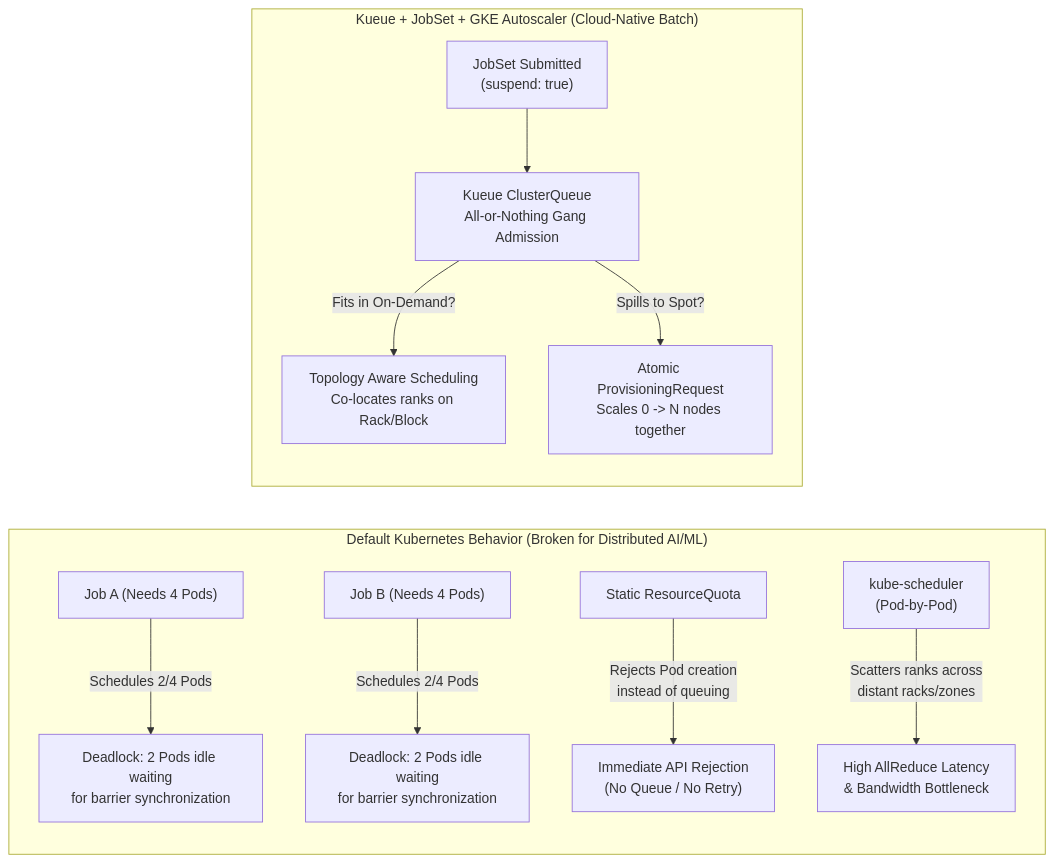
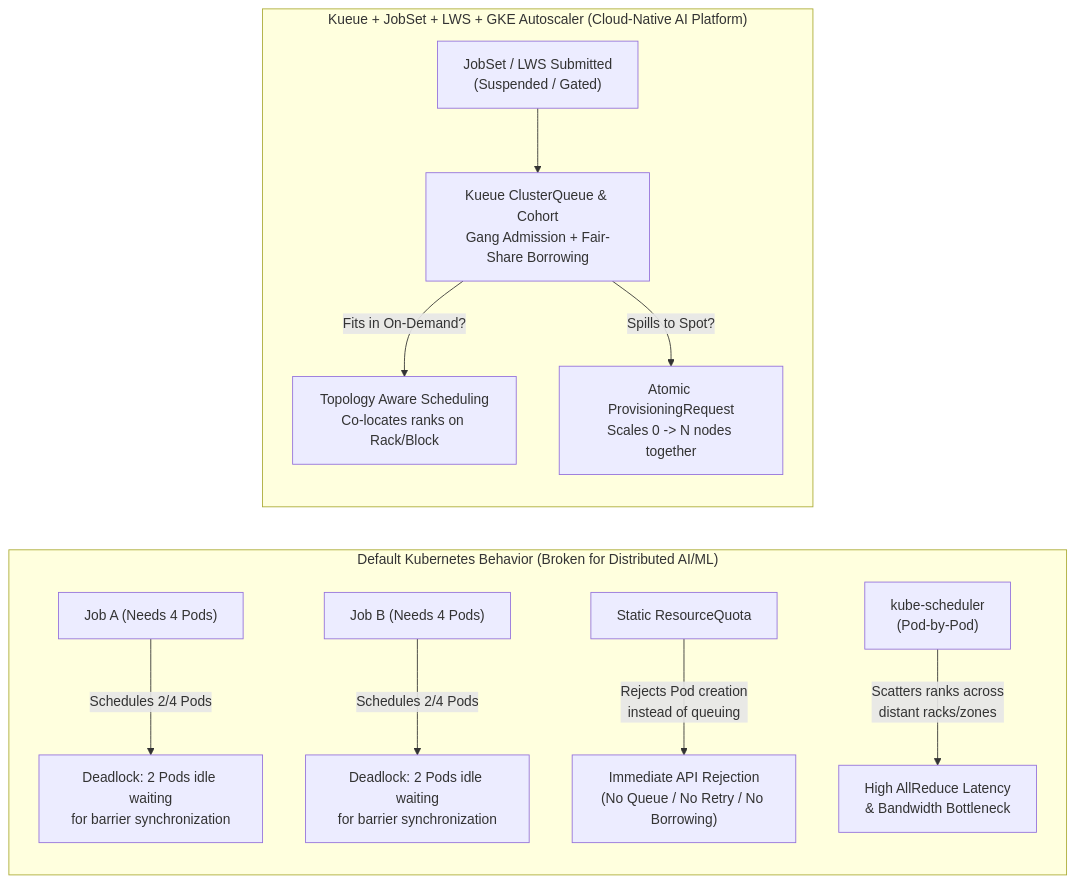
One commit to devenes/gke-kueue-ai-workshop changed the first of 3 diagrams in docs/01-concepts-and-architecture.md. Above: the diagram before and after it, drawn with Mermaid. The commit also changed other lines of this file and 5 other files, not shown here.

First line of the commit message:
docs: document multi-team cohort reclamation and LeaderWorkerSet cross-PodSet TAS labs

````diff
--- a/docs/01-concepts-and-architecture.md
+++ b/docs/01-concepts-and-architecture.md
@@ -11,17 +11,17 @@
 ```mermaid
 flowchart LR
     subgraph DEFAULT["Default Kubernetes Behavior (Broken for Distributed AI/ML)"]
         direction TB
         J1["Job A (Needs 4 Pods)"] -->|"Schedules 2/4 Pods"| DEAD1["Deadlock: 2 Pods idle waiting\nfor barrier synchronization"]
         J2["Job B (Needs 4 Pods)"] -->|"Schedules 2/4 Pods"| DEAD2["Deadlock: 2 Pods idle waiting\nfor barrier synchronization"]
-        RQ["Static ResourceQuota"] -->|"Rejects Pod creation\ninstead of queuing"| ERR["Immediate API Rejection\n(No Queue / No Retry)"]
+        RQ["Static ResourceQuota"] -->|"Rejects Pod creation\ninstead of queuing"| ERR["Immediate API Rejection\n(No Queue / No Retry / No Borrowing)"]
         SCHED["kube-scheduler\n(Pod-by-Pod)"] -->|"Scatters ranks across\ndistant racks/zones"| NET["High AllReduce Latency\n& Bandwidth Bottleneck"]
     end
 
-    subgraph KUEUE_ARCH["Kueue + JobSet + GKE Autoscaler (Cloud-Native Batch)"]
+    subgraph KUEUE_ARCH["Kueue + JobSet + LWS + GKE Autoscaler (Cloud-Native AI Platform)"]
         direction TB
-        KJ["JobSet Submitted\n(suspend: true)"] --> WQ["Kueue ClusterQueue\nAll-or-Nothing Gang Admission"]
+        KJ["JobSet / LWS Submitted\n(Suspended / Gated)"] --> WQ["Kueue ClusterQueue & Cohort\nGang Admission + Fair-Share Borrowing"]
         WQ -->|"Fits in On-Demand?"| TAS["Topology Aware Scheduling\nCo-locates ranks on Rack/Block"]
         WQ -->|"Spills to Spot?"| PR["Atomic ProvisioningRequest\nScales 0 -> N nodes together"]
     end
 ```
````
